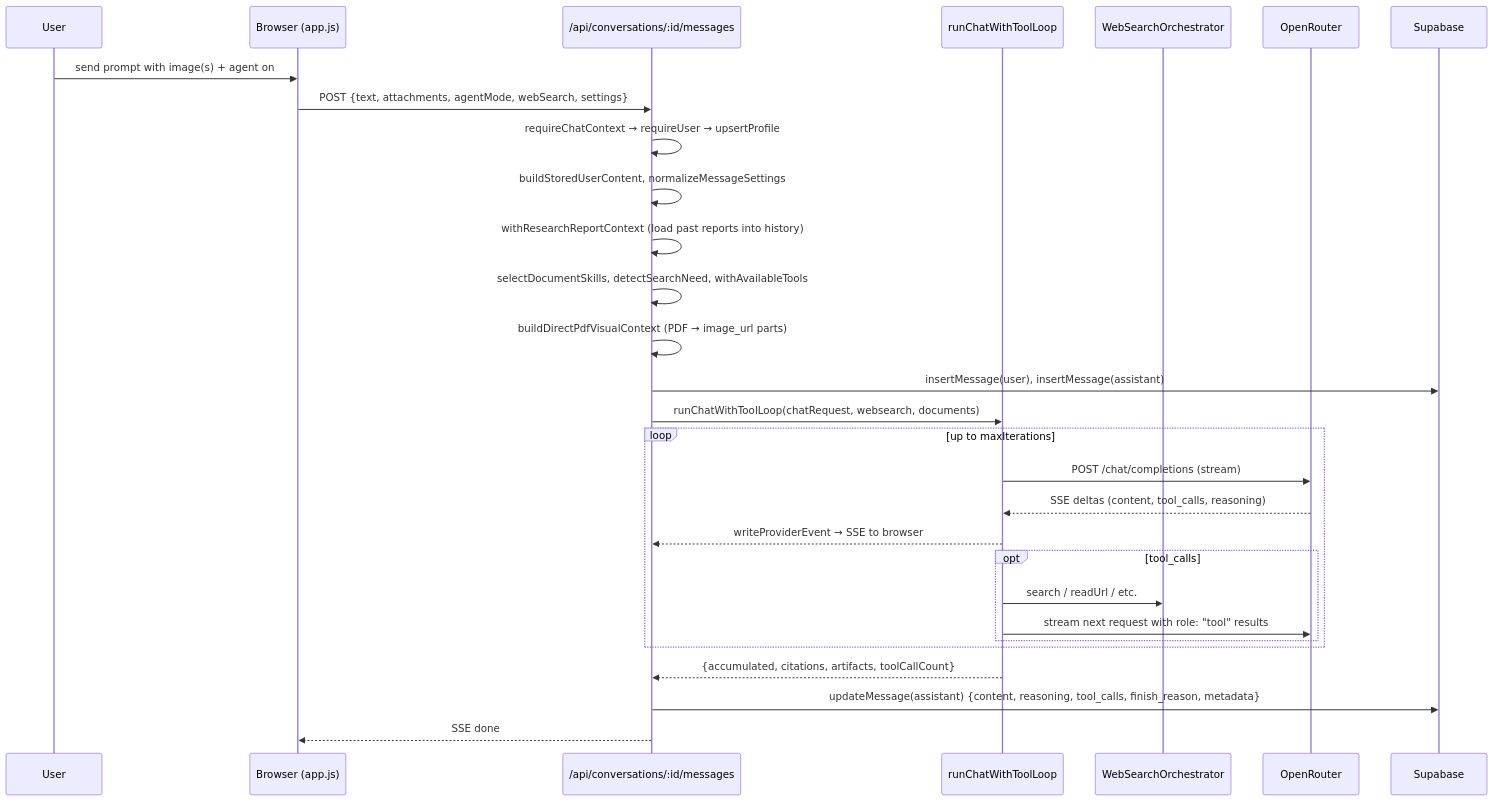
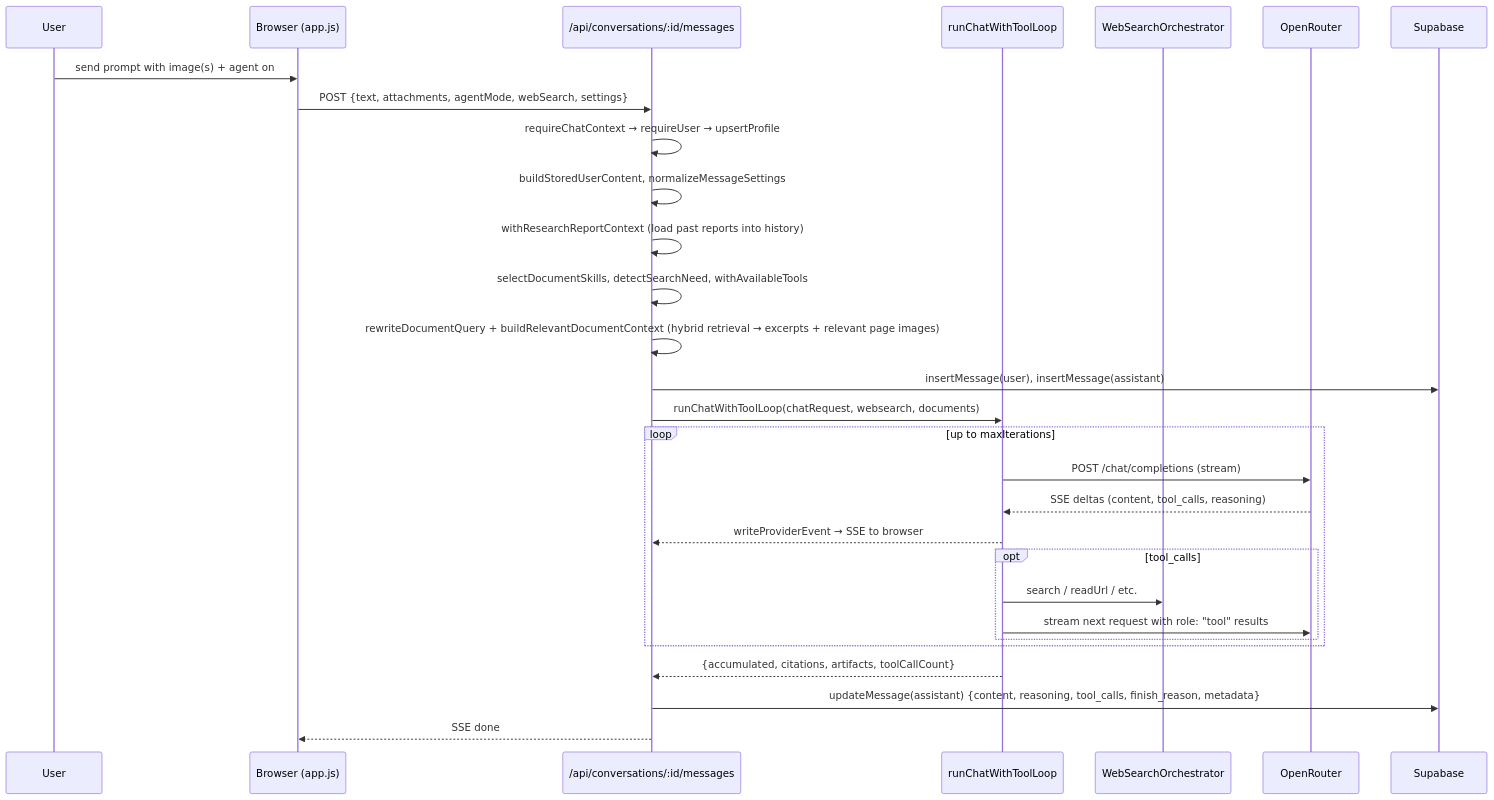
Before and after one commit to Arya-Sankhe/Chat: the second of 6 diagrams in ARCHITECTURE.md, drawn with Mermaid. The commit also changed other lines of this file and 15 other files, not shown here.

First line of the commit message:
Add hybrid document retrieval and embed backfill

````diff
--- a/ARCHITECTURE.md
+++ b/ARCHITECTURE.md
@@ -442,32 +444,32 @@
 ```mermaid
 sequenceDiagram
     participant U as User
     participant B as Browser (app.js)
     participant API as /api/conversations/:id/messages
     participant Tool as runChatWithToolLoop
     participant WS as WebSearchOrchestrator
     participant OR as OpenRouter
     participant SB as Supabase
 
     U->>B: send prompt with image(s) + agent on
     B->>API: POST {text, attachments, agentMode, webSearch, settings}
     API->>API: requireChatContext → requireUser → upsertProfile
     API->>API: buildStoredUserContent, normalizeMessageSettings
     API->>API: withResearchReportContext (load past reports into history)
     API->>API: selectDocumentSkills, detectSearchNeed, withAvailableTools
-    API->>API: buildDirectPdfVisualContext (PDF → image_url parts)
+    API->>API: rewriteDocumentQuery + buildRelevantDocumentContext (hybrid retrieval → excerpts + relevant page images)
     API->>SB: insertMessage(user), insertMessage(assistant)
     API->>Tool: runChatWithToolLoop(chatRequest, websearch, documents)
     loop up to maxIterations
         Tool->>OR: POST /chat/completions  (stream)
         OR-->>Tool: SSE deltas (content, tool_calls, reasoning)
         Tool-->>API: writeProviderEvent → SSE to browser
         opt tool_calls
             Tool->>WS: search / readUrl / etc.
             Tool->>OR: stream next request with role: "tool" results
         end
     end
     Tool-->>API: {accumulated, citations, artifacts, toolCallCount}
     API->>SB: updateMessage(assistant) {content, reasoning, tool_calls, finish_reason, metadata}
     API-->>B: SSE done
 ```
````
